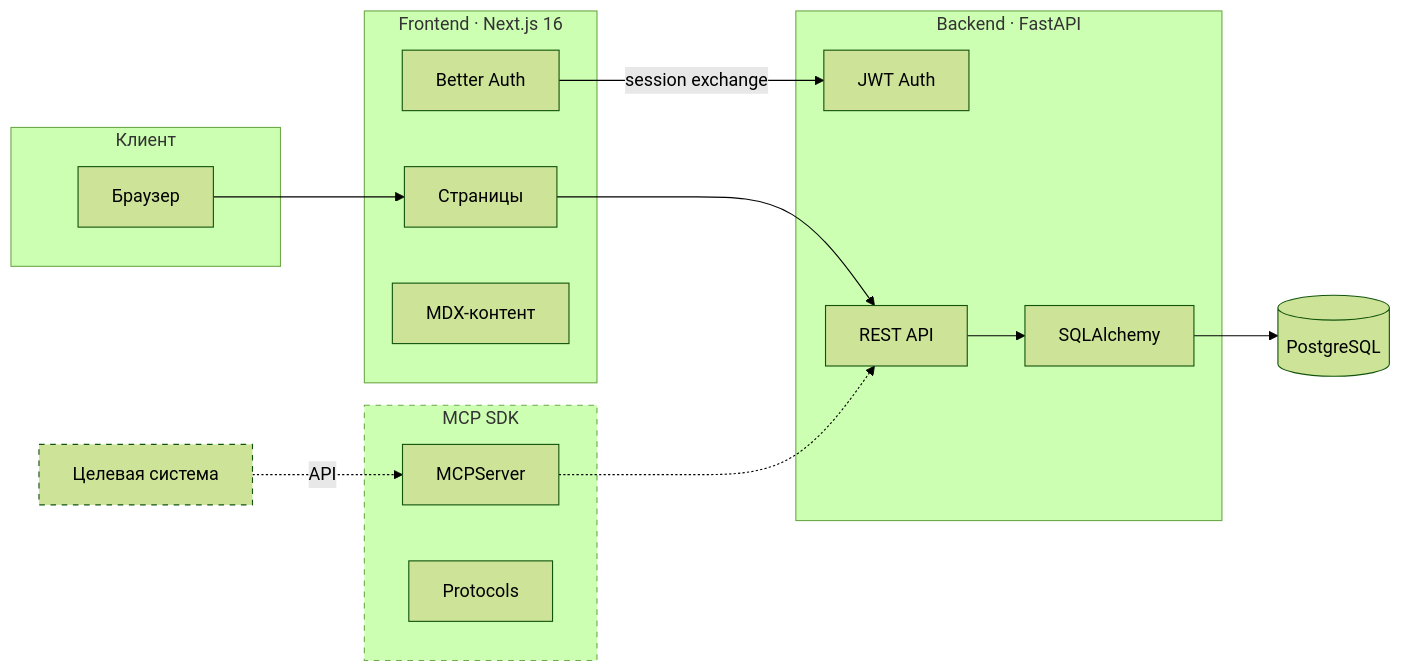
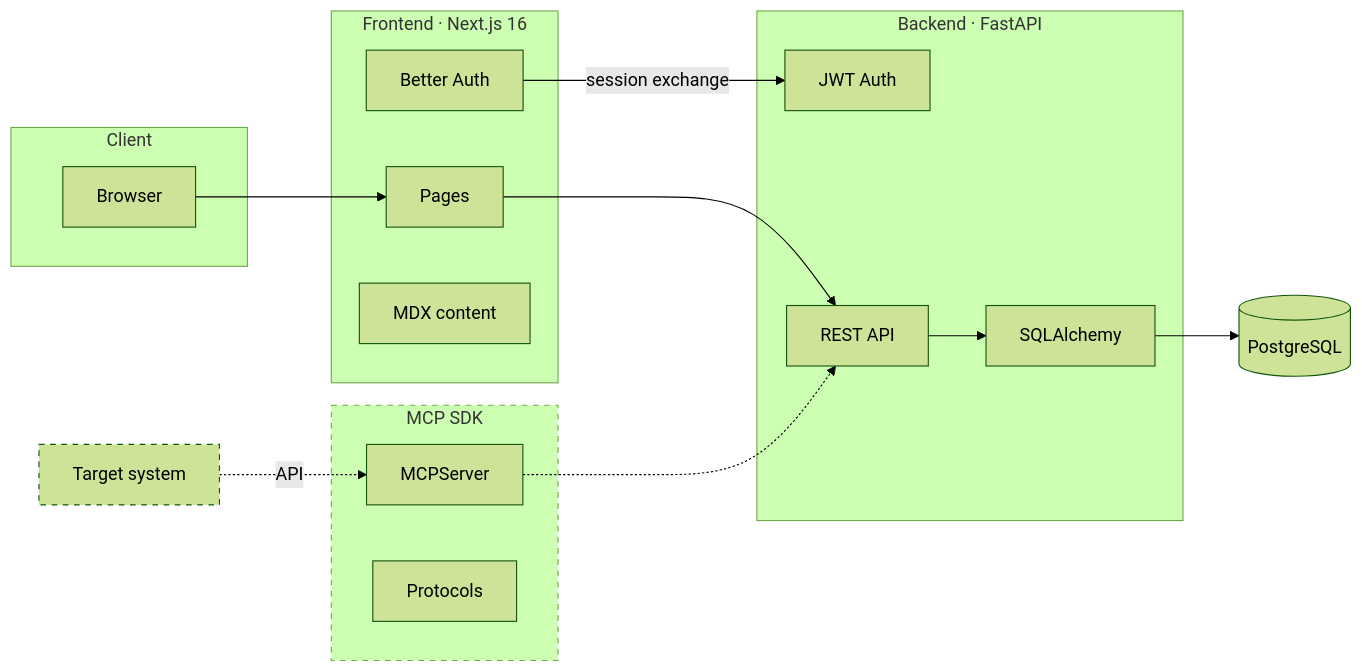
The first of 2 diagrams in README.md (nevsky118/onlinetlabs), drawn with Mermaid (forest theme) before and after one commit. The commit also changed other lines of this file and 5 other files, not shown here.

````diff
--- a/README.md
+++ b/README.md
@@ -19,36 +19,36 @@
 ```mermaid
 flowchart LR
-    subgraph Client["Клиент"]
-        Browser["Браузер"]
+    subgraph Client["Client"]
+        Browser["Browser"]
     end
 
     subgraph FE["Frontend · Next.js 16"]
-        Pages["Страницы"]
+        Pages["Pages"]
         AuthFE["Better Auth"]
-        MDX["MDX-контент"]
+        MDX["MDX content"]
     end
 
     subgraph BE["Backend · FastAPI"]
         AuthBE["JWT Auth"]
         API["REST API"]
         ORM["SQLAlchemy"]
     end
 
     subgraph SDK["MCP SDK"]
         Server["MCPServer"]
         Proto["Protocols"]
     end
 
     DB[(PostgreSQL)]
-    Target["Целевая система"]
+    Target["Target system"]
 
     Browser --> Pages
     Pages --> API
     AuthFE -->|session exchange| AuthBE
     API --> ORM --> DB
     Server -.-> API
     Target -.->|API| Server
 
     style SDK stroke-dasharray: 5 5
     style Target stroke-dasharray: 5 5
 ```
````
